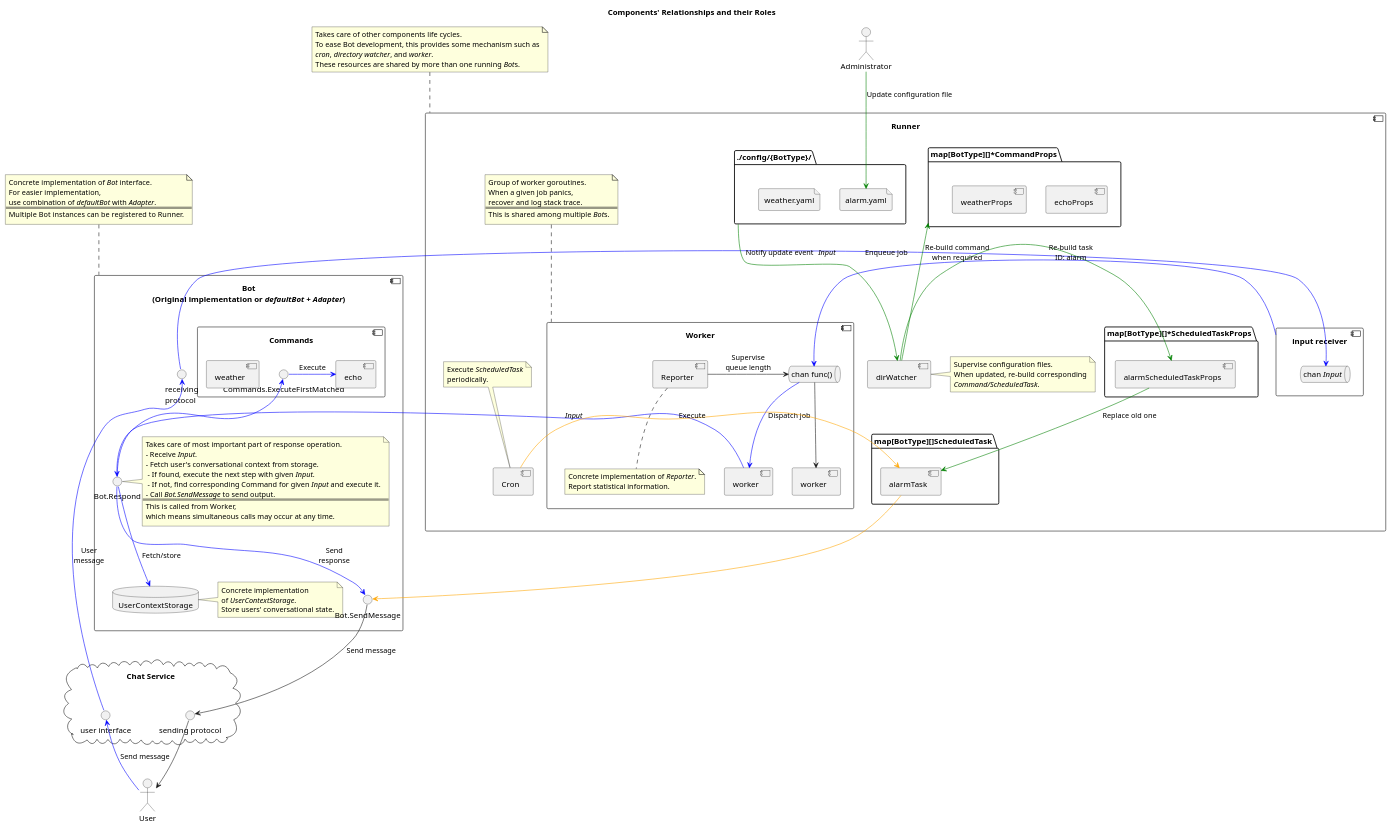
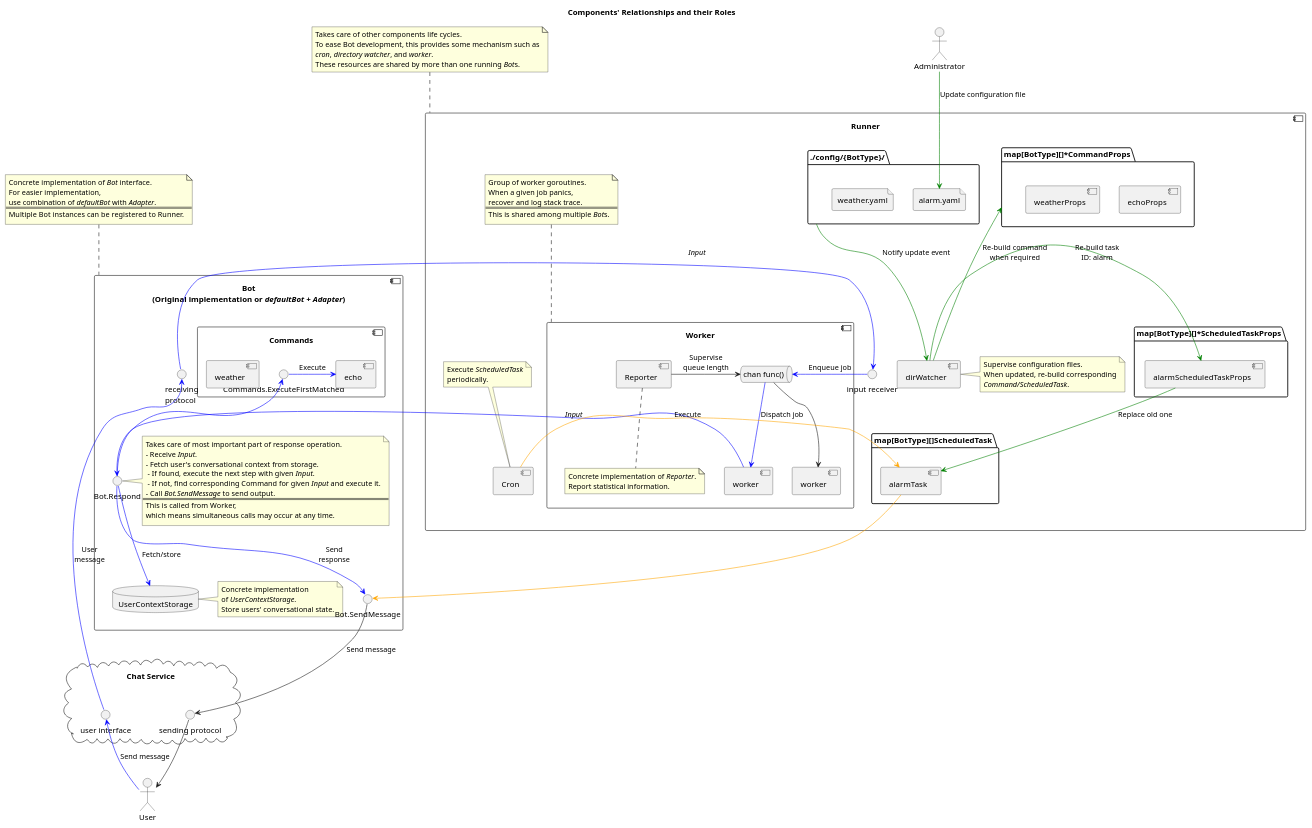
One commit to oklahomer/go-sarah changed the diagram in doc/uml/component.puml. Above: the diagram before and after it, drawn with PlantUML. The commit also changed 1 other file, not shown here.

Commit message:
Apply change to UML

```diff
--- a/doc/uml/component.puml
+++ b/doc/uml/component.puml
@@ -1,148 +1,146 @@
 @startuml
 
 title **Components' Relationships and their Roles**
 
 ' components
 
 actor User as user
 
 cloud "Chat Service" as chatService {
     interface "user interface" as userInterface
     interface "sending protocol" as botSendingProtocol
 }
 
 component "Bot\n(Original implementation or //defaultBot + Adapter//)" as bot {
     database "UserContextStorage" as botStorage
     note right of botStorage
     Concrete implementation
     of //UserContextStorage//.
     Store users' conversational state.
     end note
 
     component "Commands" as botCommands {
         interface "Commands.ExecuteFirstMatched" as executeFirstMatched
         component "echo" as echo
         component "weather" as weather
     }
 
     interface "Bot.Respond" as botRespond
     note right of botRespond
     Takes care of most important part of response operation.
     - Receive //Input//.
     - Fetch user's conversational context from storage.
      - If found, execute the next step with given //Input//.
      - If not, find corresponding Command for given //Input// and execute it.
     - Call //Bot.SendMessage// to send output.
     ===
     This is called from Worker,
     which means simultaneous calls may occur at any time.
     end note
     interface "Bot.SendMessage" as botSendMessage
     interface "receiving\nprotocol" as receivingProtocol
 }
 note top of bot
 Concrete implementation of //Bot// interface.
 For easier implementation,
 use combination of //defaultBot// with //Adapter//.
 ===
 Multiple Bot instances can be registered to Runner.
 end note
 
 component "Runner" as runner {
 
-    component "input receiver" as inputReceiver {
-        queue "chan //Input//" as inputCh
-    }
+    interface "input receiver" as inputReceiver
 
     component "Worker" as worker {
         queue "chan func()" as workerJobCh
 
         [worker] as worker1
         [worker] as worker2
         component "Reporter" as workerReporter {
         }
         note bottom of workerReporter
         Concrete implementation of //Reporter//.
         Report statistical information.
         end note
     }
     note top of worker
     Group of worker goroutines.
     When a given job panics,
     recover and log stack trace.
     ===
     This is shared among multiple //Bot//s.
     end note
 
     component "dirWatcher" as dirWatcher {
     }
     note right of dirWatcher
     Supervise configuration files.
     When updated, re-build corresponding
     //Command/////ScheduledTask//.
     end note
 
     component "Cron" as cron {
     }
     note top of cron
     Execute //ScheduledTask//
     periodically.
     end note
 
     package "map[BotType][]ScheduledTask" {
         [alarmTask] as alarm
     }
 
     package "map[BotType][]*ScheduledTaskProps" {
         [alarmScheduledTaskProps] as alarmTaskProps
     }
 
     package "map[BotType][]*CommandProps" as commandProps {
         [echoProps] as echoProps
         [weatherProps] as weatherProps
     }
 
     folder "./config/{BotType}/" as configDir {
         file alarm.yaml
         file weather.yaml
     }
 }
 note top of runner
 Takes care of other components life cycles.
 To ease Bot development, this provides some mechanism such as
 //cron//, //directory watcher//, and //worker//.
 These resources are shared by more than one running //Bot//s.
 end note
 
 actor Administrator as admin
 
 ' interaction
 
 user -[#blue]up-> userInterface : Send message
 userInterface -[#blue]up-> receivingProtocol : User\nmessage
-receivingProtocol -[#blue]> inputCh : //Input//
+receivingProtocol -[#blue]> inputReceiver : //Input//
 inputReceiver -[#blue]> workerJobCh : Enqueue job
 workerJobCh -[#blue]down-> worker1 : Dispatch job
 workerJobCh -down-> worker2
 
 worker1 -[#blue]> botRespond : //Input//
 botRespond -[#blue]up-> executeFirstMatched
 executeFirstMatched -[#blue]right-> echo : Execute
 botRespond -[#blue]down-> botSendMessage : Send\nresponse
 botSendMessage -down-> botSendingProtocol : Send message
 botSendingProtocol -down-> user
 botRespond -[#blue]down-> botStorage : Fetch/store
 
 workerReporter -> workerJobCh : Supervise\nqueue length
 
 cron -[#orange]> alarm : Execute
 alarm -[#orange]> botSendMessage
 
 admin -[#green]down-> alarm.yaml : Update configuration file
 configDir -[#green]down-> dirWatcher : Notify update event
 dirWatcher -[#green]> alarmTaskProps : Re-build task\nID: alarm
 dirWatcher -[#green]up-> commandProps : Re-build command\nwhen required
 alarmTaskProps -[#green]down-> alarm : Replace old one
 'weatherProps -> weather : Replace\non re-build
 
 @enduml
```
